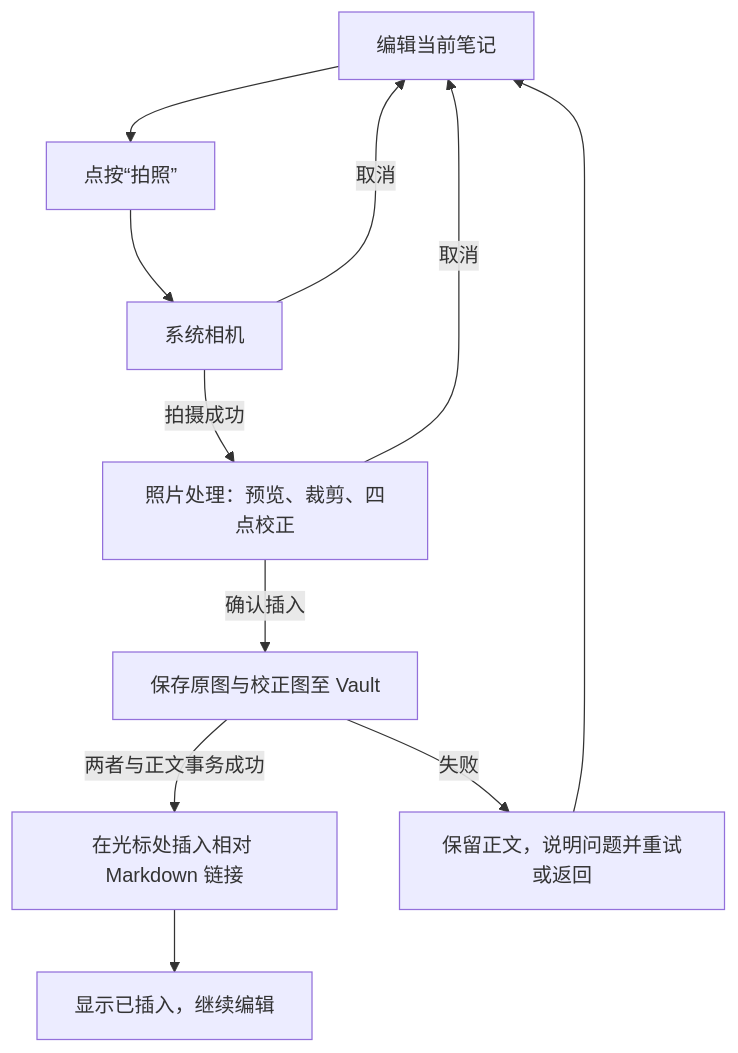
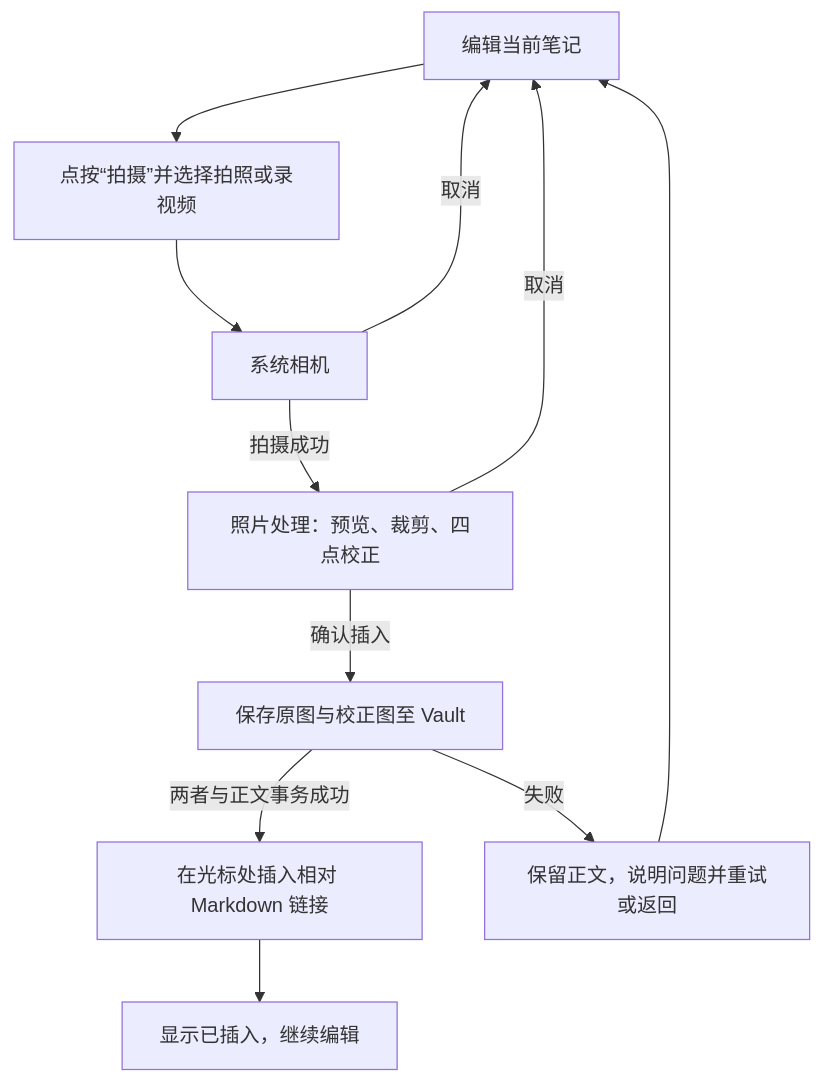
Before and after one commit to jambus/Markbook: the diagram in docs/design/capture_flow.md, drawn with Mermaid. The commit also changed other lines of this file and 38 other files, not shown here.

````diff
--- a/docs/design/capture_flow.md
+++ b/docs/design/capture_flow.md
@@ -13,13 +13,13 @@
 ```mermaid
 flowchart TD
-  A[编辑当前笔记] --> B[点按“拍照”]
+  A[编辑当前笔记] --> B[点按“拍摄”并选择拍照或录视频]
   B --> C[系统相机]
   C -->|取消| A
   C -->|拍摄成功| D[照片处理：预览、裁剪、四点校正]
   D -->|取消| A
   D -->|确认插入| E[保存原图与校正图至 Vault]
   E -->|两者与正文事务成功| F[在光标处插入相对 Markdown 链接]
   F --> G[显示已插入，继续编辑]
   E -->|失败| H[保留正文，说明问题并重试或返回]
   H --> A
 ```
````
